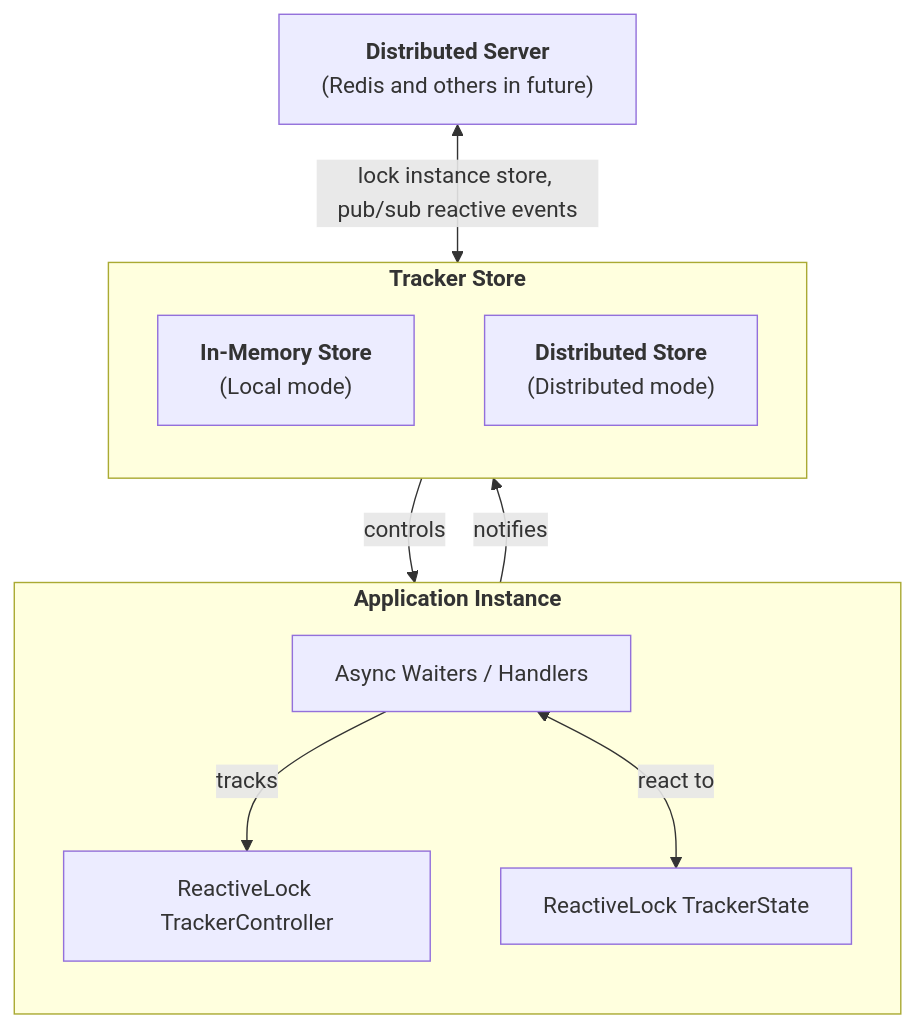
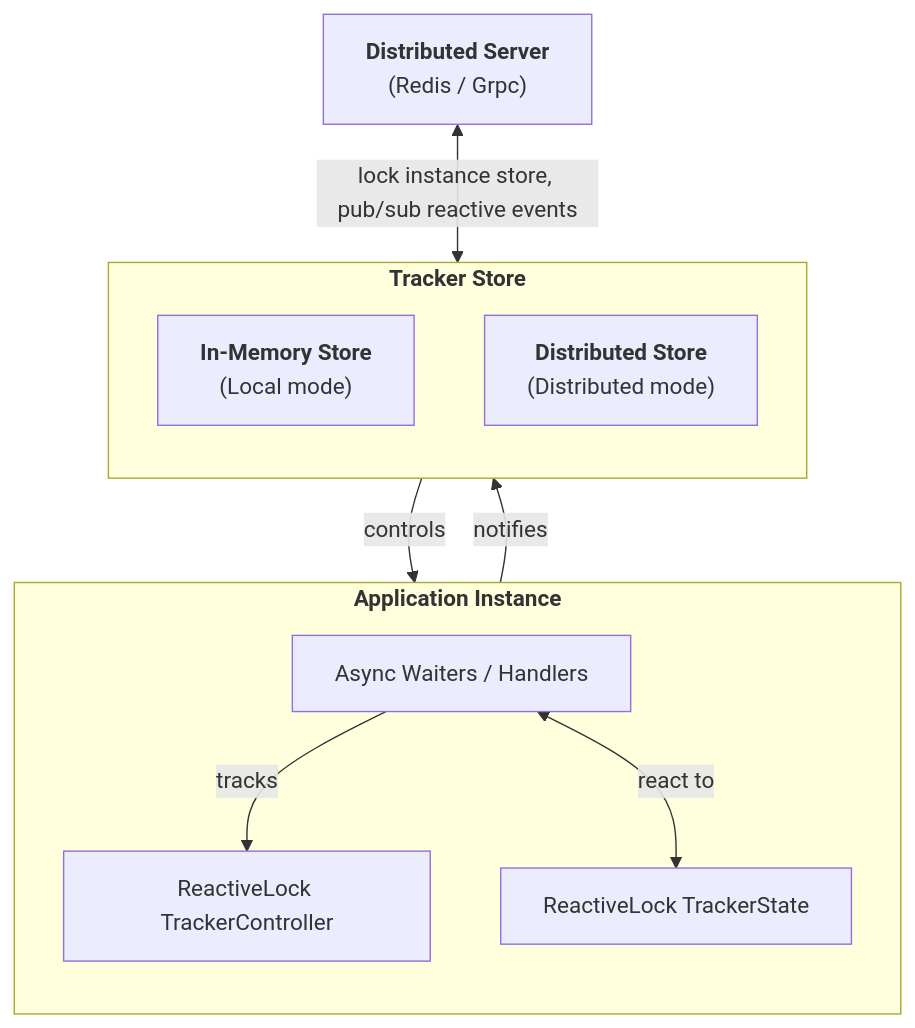
One commit to micheloliveira-com/ReactiveLock changed the diagram in README.md. Above: the diagram before and after it, drawn with Mermaid. The commit also changed other lines of this file, not shown here.

````diff
--- a/README.md
+++ b/README.md
@@ -75,24 +81,24 @@
 ```mermaid
 flowchart TB
   subgraph Application["<b>Application Instance</b>"]
     direction TB
     TrackerController[ReactiveLock TrackerController]
     TrackerState[ReactiveLock TrackerState]
     AsyncWaiters[Async Waiters / Handlers]
   end
 
   subgraph TrackerStore["<b>Tracker Store</b>"]
     direction TB
     InMemory["<b>In-Memory Store</b><br/>(Local mode)"]
     RedisStore["<b>Distributed Store</b><br/>(Distributed mode)"]
   end
 
-  RedisServer["<b>Distributed Server</b><br/>(Redis and others in future)"]
+  RedisServer["<b>Distributed Server</b><br/>(Redis / Grpc)"]
 
   AsyncWaiters <-->|react to| TrackerState
   AsyncWaiters -->|tracks| TrackerController
   TrackerStore -->|controls| TrackerState
   TrackerController -->|notifies| TrackerStore
   RedisServer <-->|lock instance store, pub/sub reactive events| RedisStore
 
 ```
````
